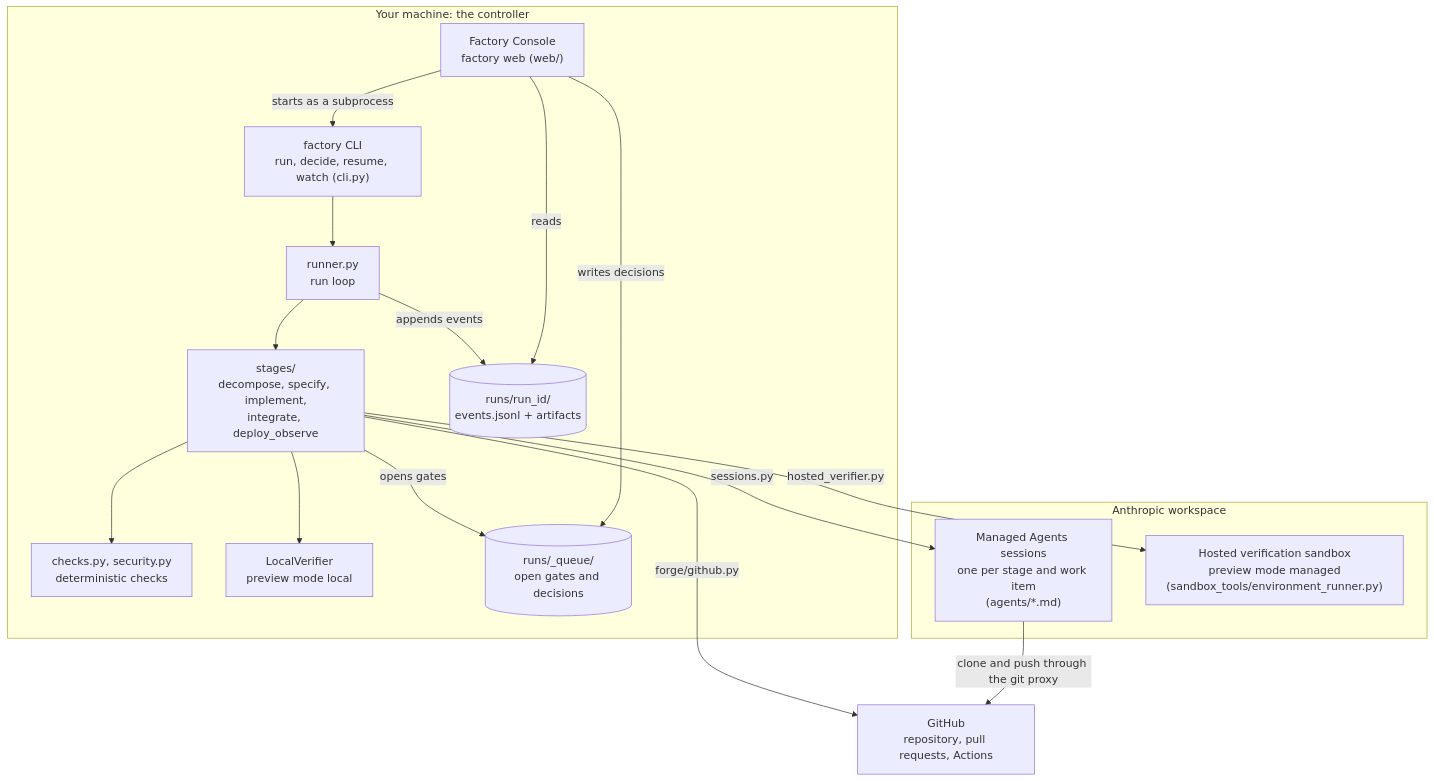
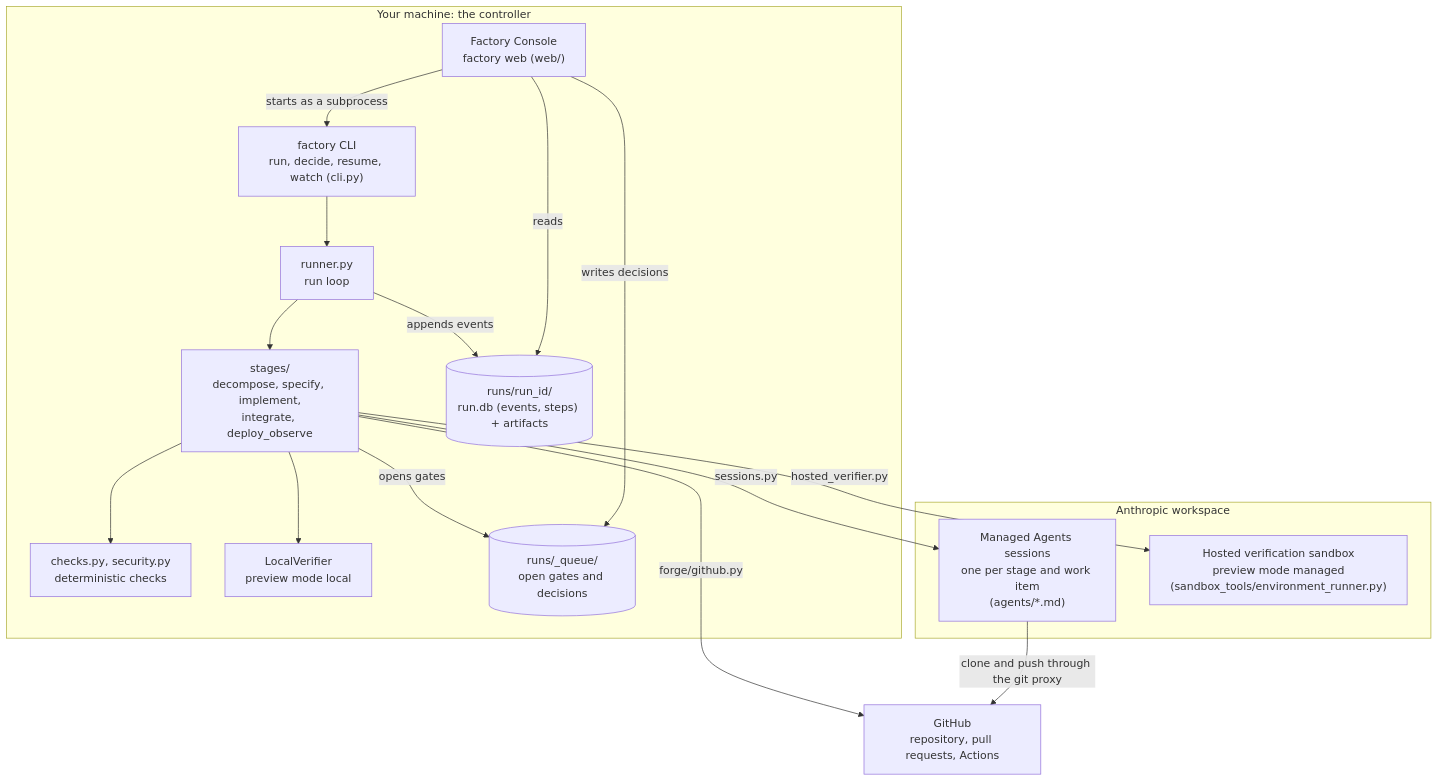
The diagram in docs/repo-map.md (willtech3/factory_agents), drawn with Mermaid before and after one commit. The commit also changed other lines of this file and 21 other files, not shown here.

First line of the commit message:
Durable runs, phase 1: a database per run, and agent sessions a new controller can follow (#50)

````diff
--- a/docs/repo-map.md
+++ b/docs/repo-map.md
@@ -27,31 +27,31 @@
 ```mermaid
 flowchart TB
   subgraph host["Your machine: the controller"]
     console["Factory Console<br/>factory web (web/)"]
     cli["factory CLI<br/>run, decide, resume, watch (cli.py)"]
     runner["runner.py<br/>run loop"]
     stages["stages/<br/>decompose, specify, implement,<br/>integrate, deploy_observe"]
     checks["checks.py, security.py<br/>deterministic checks"]
     localv["LocalVerifier<br/>preview mode local"]
-    store[("runs/run_id/<br/>events.jsonl + artifacts")]
+    store[("runs/run_id/<br/>run.db (events, steps) + artifacts")]
     queue[("runs/_queue/<br/>open gates and decisions")]
   end
   subgraph ws["Anthropic workspace"]
     sessions["Managed Agents sessions<br/>one per stage and work item<br/>(agents/*.md)"]
     hosted["Hosted verification sandbox<br/>preview mode managed<br/>(sandbox_tools/environment_runner.py)"]
   end
   github["GitHub<br/>repository, pull requests, Actions"]
 
   console -- "starts as a subprocess" --> cli
   cli --> runner --> stages
   stages -- "sessions.py" --> sessions
   stages --> checks
   stages --> localv
   stages -- "hosted_verifier.py" --> hosted
   stages -- "forge/github.py" --> github
   sessions -- "clone and push through the git proxy" --> github
   runner -- "appends events" --> store
   stages -- "opens gates" --> queue
   console -- "writes decisions" --> queue
   console -- "reads" --> store
 ```
````
